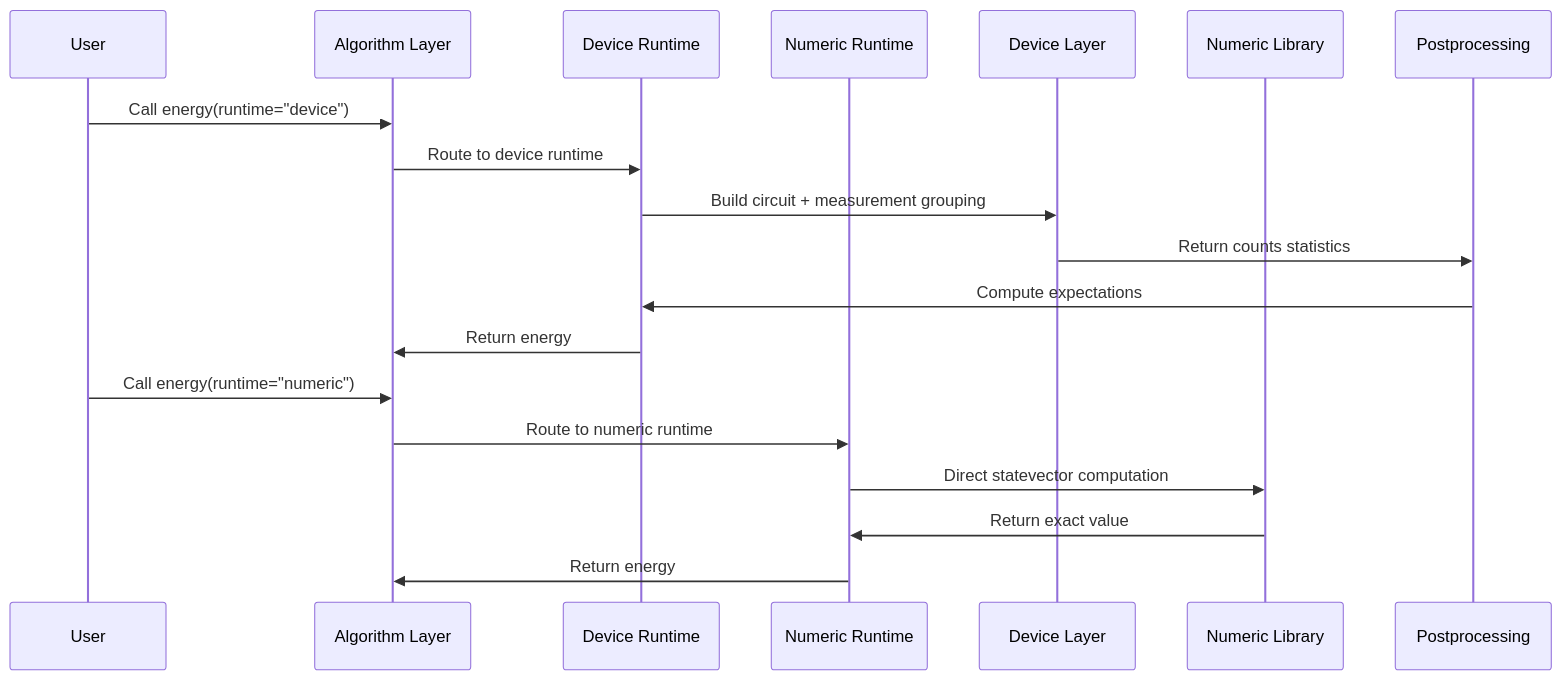
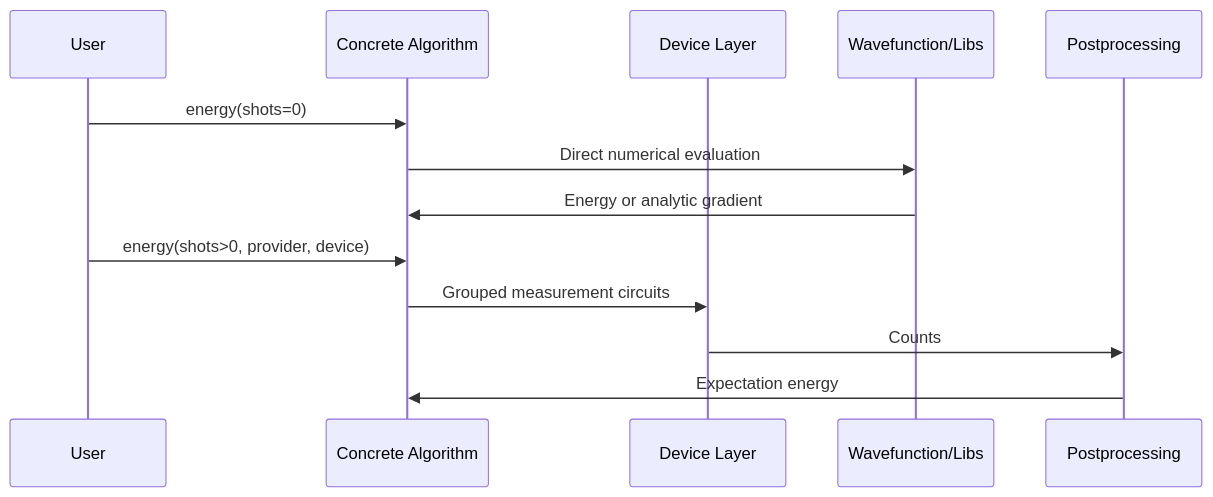
The third of 5 diagrams in TYXONQ_TECHNICAL_WHITEPAPER.md (QureGenAI-Biotech/TyxonQ), drawn with Mermaid before and after one commit. The commit also changed other lines of this file and 309 other files, not shown here.

````diff
--- a/TYXONQ_TECHNICAL_WHITEPAPER.md
+++ b/TYXONQ_TECHNICAL_WHITEPAPER.md
@@ -486,23 +486,15 @@
 ```mermaid
 sequenceDiagram
     participant User as User
-    participant Algorithm as Algorithm Layer
-    participant DeviceRT as Device Runtime
-    participant NumericRT as Numeric Runtime
+    participant Algorithm as Concrete Algorithm
     participant Device as Device Layer
-    participant NumLib as Numeric Library
+    participant NumLib as Wavefunction/Libs
     participant Post as Postprocessing
-    
-    User->>Algorithm: Call energy(runtime="device")
-    Algorithm->>DeviceRT: Route to device runtime
-    DeviceRT->>Device: Build circuit + measurement grouping
-    Device->>Post: Return counts statistics
-    Post->>DeviceRT: Compute expectations
-    DeviceRT->>Algorithm: Return energy
-    
-    User->>Algorithm: Call energy(runtime="numeric")
-    Algorithm->>NumericRT: Route to numeric runtime
-    NumericRT->>NumLib: Direct statevector computation
-    NumLib->>NumericRT: Return exact value
-    NumericRT->>Algorithm: Return energy
+    User->>Algorithm: energy(shots=0)
+    Algorithm->>NumLib: Direct numerical evaluation
+    NumLib->>Algorithm: Energy or analytic gradient
+    User->>Algorithm: energy(shots>0, provider, device)
+    Algorithm->>Device: Grouped measurement circuits
+    Device->>Post: Counts
+    Post->>Algorithm: Expectation energy
 ```
````
